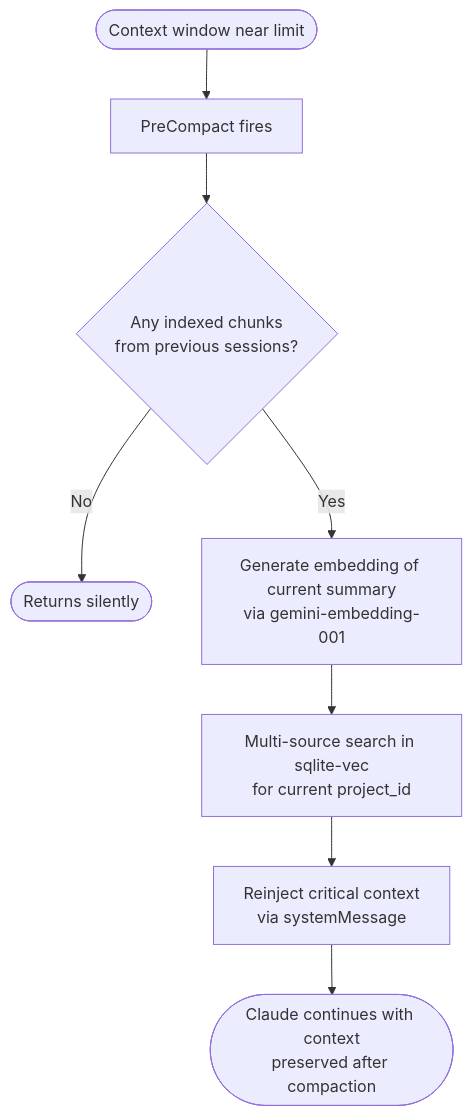
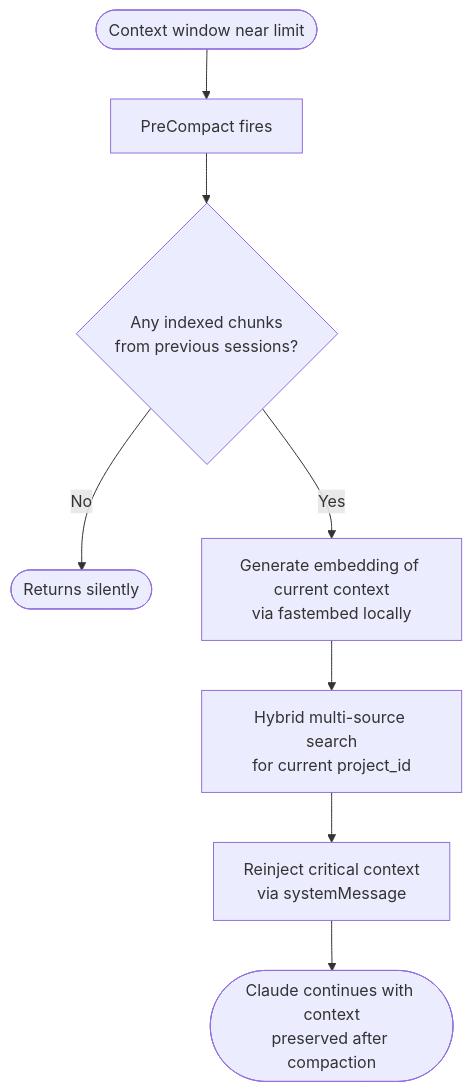
The fourth of 8 diagrams in FLUXO-ATUAL.md (altvoratech/recall), drawn with Mermaid before and after one commit. The commit also changed other lines of this file, not shown here.

First line of the commit message:
docs: rewrite FLUXO-ATUAL.md to reflect current architecture

````diff
--- a/FLUXO-ATUAL.md
+++ b/FLUXO-ATUAL.md
@@ -123,12 +156,12 @@
 ```mermaid
 flowchart TD
     A([Context window near limit]) --> B[PreCompact fires]
     B --> C{Any indexed chunks\nfrom previous sessions?}
     C -->|No| D([Returns silently])
-    C -->|Yes| E[Generate embedding of current summary\nvia gemini-embedding-001]
+    C -->|Yes| E[Generate embedding of current context\nvia fastembed locally]
 
-    E --> F[Multi-source search in sqlite-vec\nfor current project_id]
+    E --> F[Hybrid multi-source search\nfor current project_id]
     F --> G[Reinject critical context\nvia systemMessage]
 
     G --> H([Claude continues with context\npreserved after compaction])
 ```
````
